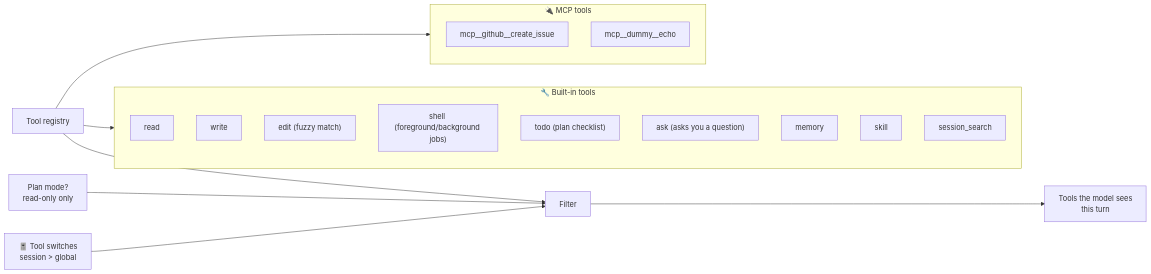
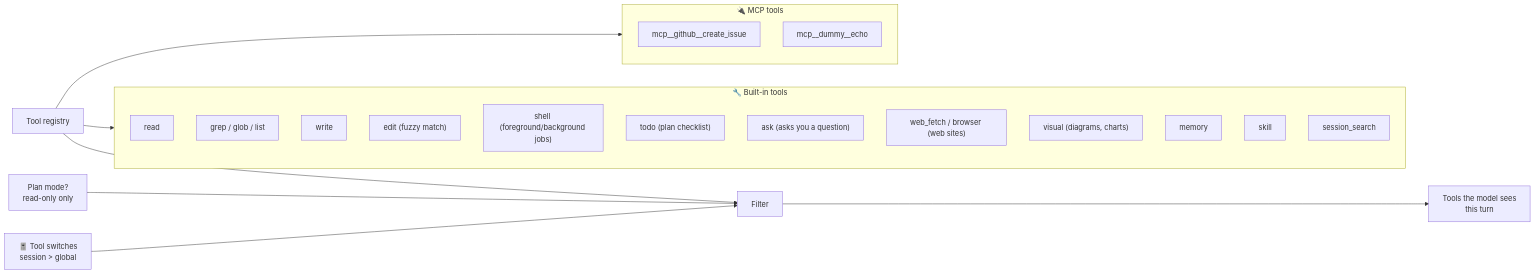
Before and after one commit to Ady-JK/paladin: the sixth of 18 diagrams in HOW-IT-WORKS.md, drawn with Mermaid. The commit also changed other lines of this file and 238 other files, not shown here.

````diff
--- a/HOW-IT-WORKS.md
+++ b/HOW-IT-WORKS.md
@@ -249,23 +251,26 @@
 ```mermaid
 flowchart LR
     subgraph Builtin["🔧 Built-in tools"]
         read["read"]
+        search["grep / glob / list"]
         write["write"]
         edit["edit (fuzzy match)"]
         shell["shell (foreground/background jobs)"]
         todo["todo (plan checklist)"]
         ask["ask (asks you a question)"]
+        web["web_fetch / browser (web sites)"]
+        visual["visual (diagrams, charts)"]
         memory["memory"]
         skill["skill"]
         ss["session_search"]
     end
     subgraph MCP["🔌 MCP tools"]
         m1["mcp__github__create_issue"]
         m2["mcp__dummy__echo"]
     end
     Registry["Tool registry"] --> Builtin
     Registry --> MCP
     Switches["🎚️ Tool switches<br/>session > global"] --> Filter["Filter"]
     Registry --> Filter --> Model["Tools the model sees<br/>this turn"]
     Plan["Plan mode?<br/>read-only only"] --> Filter
 ```
````
